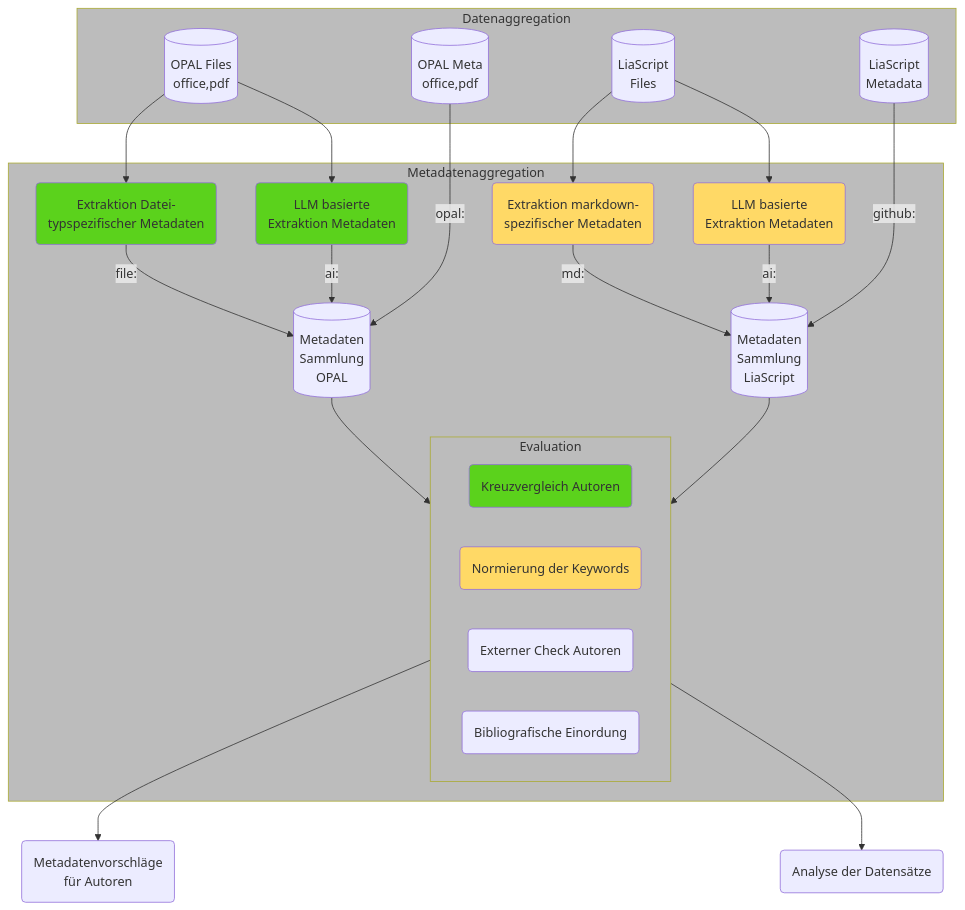
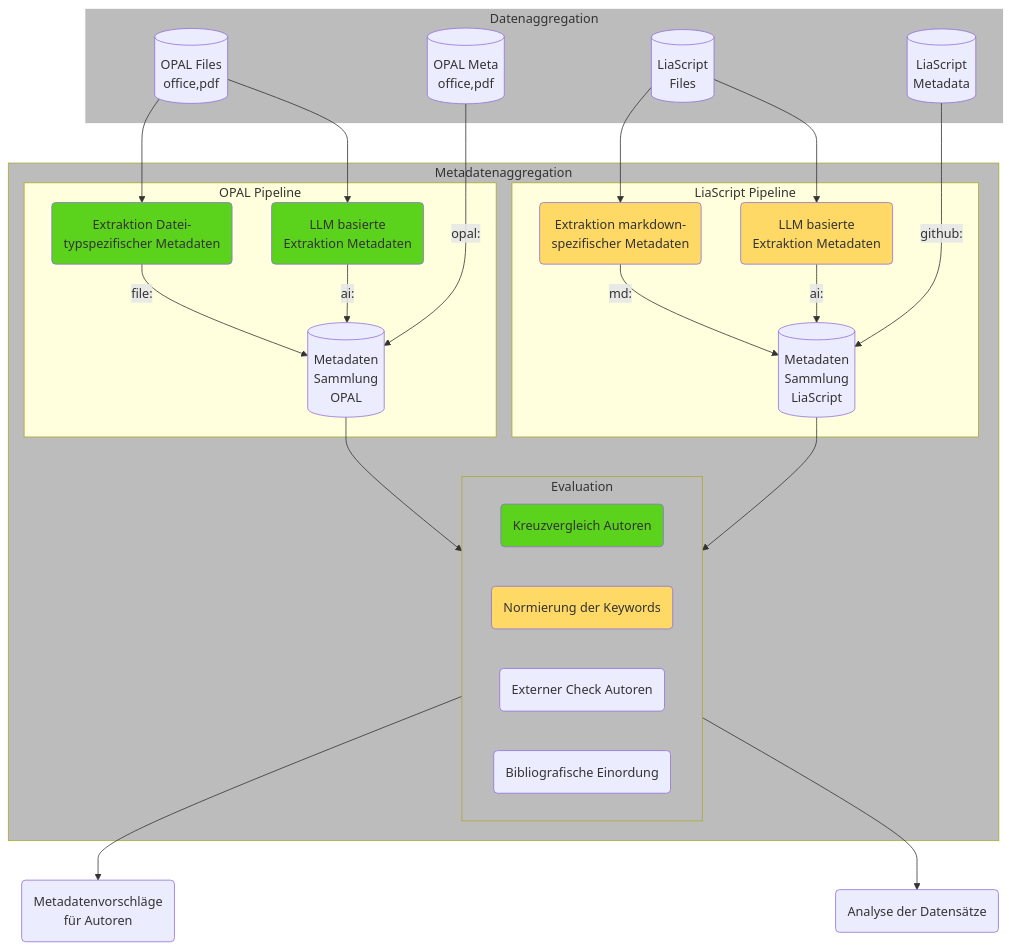
One commit to TUBAF-IFI-ConnectedLecturer/Data_aggregation changed the second of 2 diagrams in README.md. Above: the diagram before and after it, drawn with Mermaid.

````diff
--- a/README.md
+++ b/README.md
@@ -90,52 +90,56 @@
 ```mermaid
 flowchart TD
 
     classDef green fill:#5bd21c
     classDef yellow fill:#ffd966
     classDef gray fill:#bcbcbc
-    classDef white fill:#ffffff
+    classDef white fill:#ffffff,stroke:#ffffff
 
     subgraph Datenaggregation
     OPAL_FILES[(OPAL Files\noffice,pdf)]
     OPAL_METADATA_FILES[(OPAL Meta\noffice,pdf)]
     LIA_FILES_[(LiaScript\nFiles)]
     LIA_METADATA_FILES[(LiaScript\nMetadata)]
     end
 
     class Materialidentifikation, gray
 
     subgraph Metadatenaggregation
+    subgraph OPAL Pipeline
     OPAL_EXTRACTION_TYP_MD(Extraktion Datei-\n typspezifischer Metadaten):::green
     OPAL_EXTRACTION_LLM_MD(LLM basierte\nExtraktion Metadaten):::green
     OPAL_EXTRACTION_TYP_MD--> |file:|OPALFILES[(Metadaten \nSammlung\n OPAL)]
     OPAL_EXTRACTION_LLM_MD --> |ai:|OPALFILES
     OPAL_METADATA_FILES --> |opal:|OPALFILES
-
+    end
+    subgraph LiaScript Pipeline
     LIA_EXTRACTION_TYP_MD(Extraktion markdown-\n spezifischer Metadaten):::yellow
     LIA_EXTRACTION_LLM_MD(LLM basierte\nExtraktion Metadaten):::yellow
     LIA_EXTRACTION_TYP_MD--> |md:|LIAFILES[(Metadaten \nSammlung\n LiaScript)]
     LIA_EXTRACTION_LLM_MD --> |ai:|LIAFILES
     LIA_METADATA_FILES --> |github:|LIAFILES
+    end
 
     subgraph Evaluation
     KREUZVERGLEICH(Kreuzvergleich Autoren):::green 
     KLASSIFIKATION(Normierung der Keywords):::yellow
     PLAUSIBILISIERUNG(Externer Check Autoren)
     BIB_KLASSIFIKATION(Bibliografische Einordung)
     end
 
     OPALFILES --> Evaluation
     LIAFILES --> Evaluation
 
     end
 
     OPAL_FILES --> OPAL_EXTRACTION_TYP_MD
     OPAL_FILES --> OPAL_EXTRACTION_LLM_MD
     LIA_FILES_ --> LIA_EXTRACTION_TYP_MD
     LIA_FILES_ --> LIA_EXTRACTION_LLM_MD
 
     Evaluation --> METADATA_PROPOSALS(Metadatenvorschläge\nfür Autoren)
     Evaluation --> METADATA_Analysis(Analyse der Datensätze)
 
+    class Datenaggregation white
     class Datenaggregation,Metadatenaggregation,Evaluation gray
 ```
````
